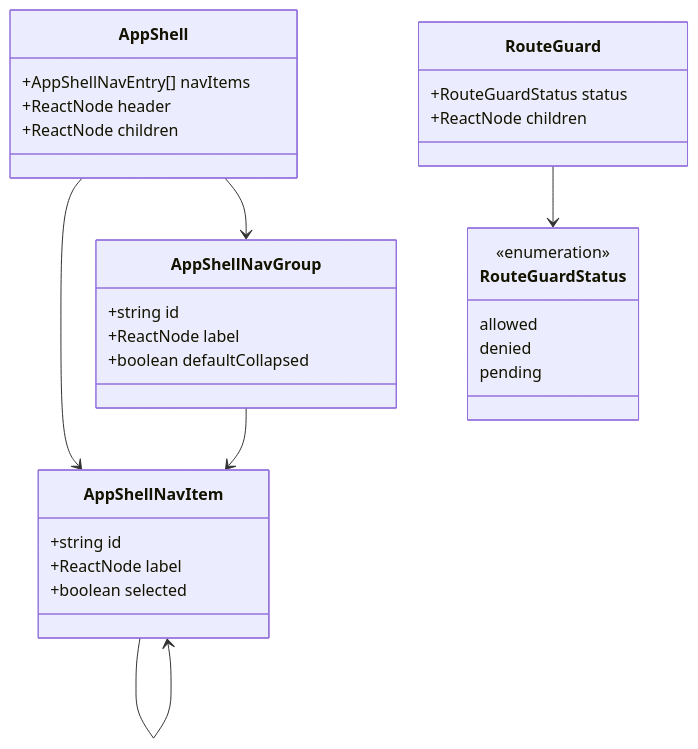
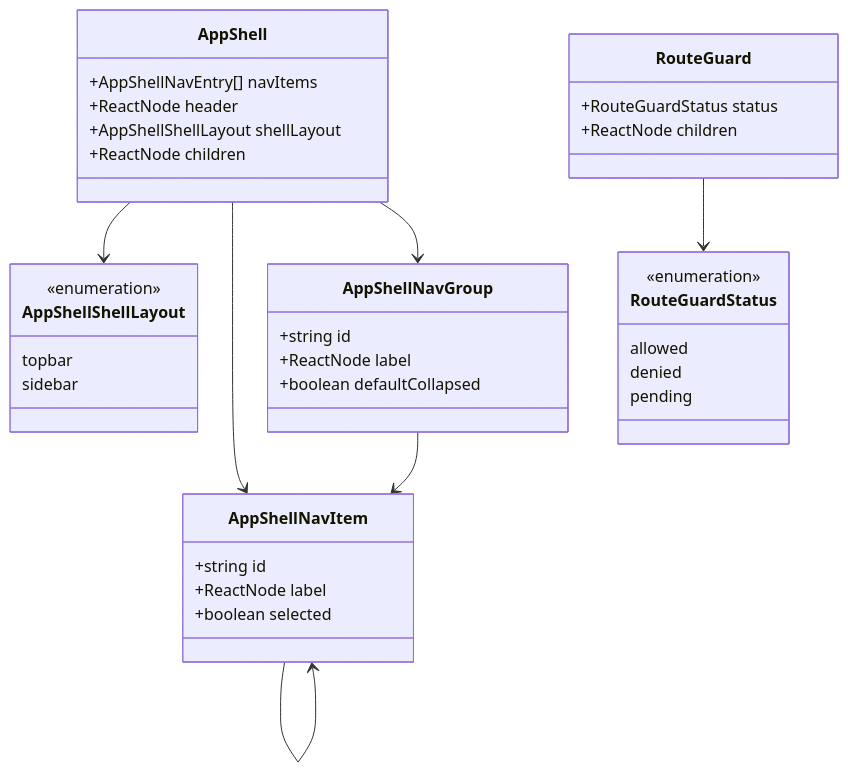
One commit to wangzw/speed changed the diagram in docs/design/modules/web/design-web-layout-kit.md. Above: the diagram before and after it, drawn with Mermaid. The commit also changed other lines of this file and 16 other files, not shown here.

First line of the commit message:
docs: record the shell layout variants and theme presets

````diff
--- a/docs/design/modules/web/design-web-layout-kit.md
+++ b/docs/design/modules/web/design-web-layout-kit.md
@@ -161,33 +169,40 @@
 ```mermaid
 classDiagram
     class AppShell {
         +AppShellNavEntry[] navItems
         +ReactNode header
+        +AppShellShellLayout shellLayout
         +ReactNode children
+    }
+    class AppShellShellLayout {
+        <<enumeration>>
+        topbar
+        sidebar
     }
     class AppShellNavItem {
         +string id
         +ReactNode label
         +boolean selected
     }
     class AppShellNavGroup {
         +string id
         +ReactNode label
         +boolean defaultCollapsed
     }
     class RouteGuard {
         +RouteGuardStatus status
         +ReactNode children
     }
     class RouteGuardStatus {
         <<enumeration>>
         allowed
         denied
         pending
     }
+    AppShell --> AppShellShellLayout
     AppShell --> AppShellNavItem
     AppShell --> AppShellNavGroup
     AppShellNavGroup --> AppShellNavItem
     AppShellNavItem --> AppShellNavItem
     RouteGuard --> RouteGuardStatus
 ```
````
